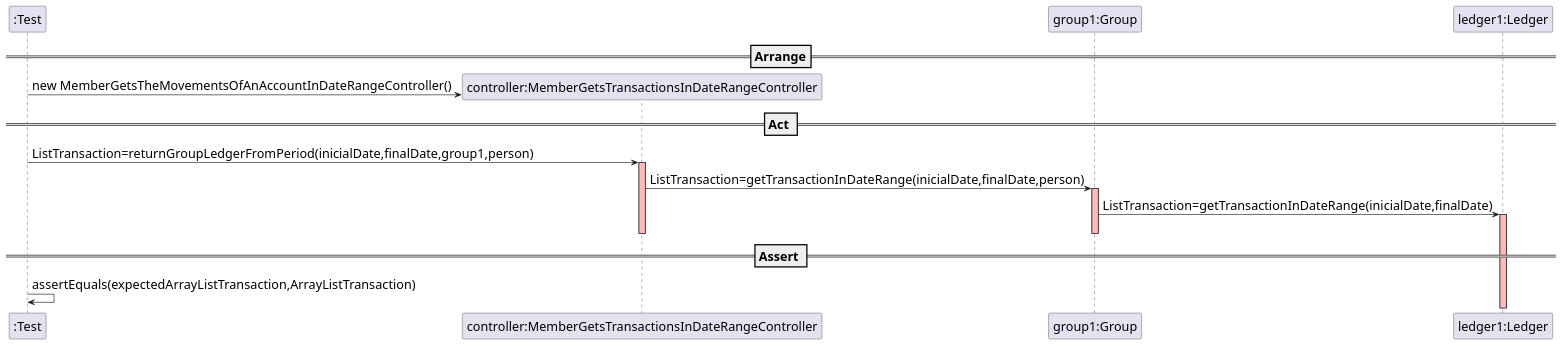
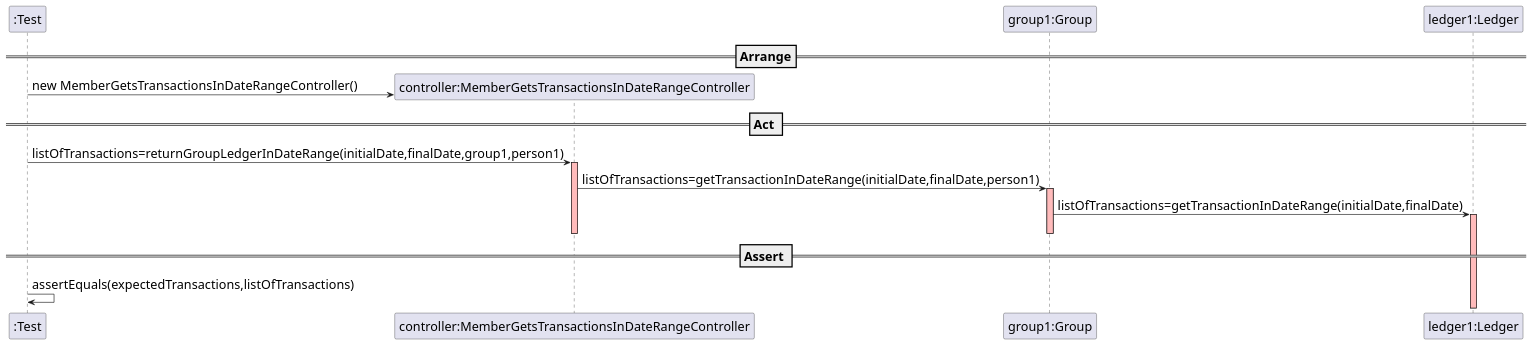
The diagram in docs/SequenceDiagram - US012.puml (mleitaoribeiro/DevOpsMaven), drawn with PlantUML before and after one commit.

Commit message:
ref#391: Sequence Diagram US012, corrections

```diff
--- a/docs/SequenceDiagram - US012.puml
+++ b/docs/SequenceDiagram - US012.puml
@@ -1,35 +1,35 @@
 @startuml
 skinparam DefaultFontSize 20
 
 create ":Test"
 
 
 
 ==Arrange==
 create "controller:MemberGetsTransactionsInDateRangeController"
-":Test" -> "controller:MemberGetsTransactionsInDateRangeController" : new MemberGetsTheMovementsOfAnAccountInDateRangeController()
+":Test" -> "controller:MemberGetsTransactionsInDateRangeController" : new MemberGetsTransactionsInDateRangeController()
 participant "group1:Group"
 participant "ledger1:Ledger"
 
 
 == Act ==
 
-":Test" -> "controller:MemberGetsTransactionsInDateRangeController" : ListTransaction=returnGroupLedgerFromPeriod(inicialDate,finalDate,group1,person)
+":Test" -> "controller:MemberGetsTransactionsInDateRangeController" : listOfTransactions=returnGroupLedgerInDateRange(initialDate,finalDate,group1,person1)
 activate "controller:MemberGetsTransactionsInDateRangeController"  #FFBBBB
 
-"controller:MemberGetsTransactionsInDateRangeController" -> "group1:Group" : ListTransaction=getTransactionInDateRange(inicialDate,finalDate,person)
+"controller:MemberGetsTransactionsInDateRangeController" -> "group1:Group" : listOfTransactions=getTransactionInDateRange(initialDate,finalDate,person1)
 activate "group1:Group"  #FFBBBB
 
-"group1:Group" -> "ledger1:Ledger" : ListTransaction=getTransactionInDateRange(inicialDate,finalDate)
+"group1:Group" -> "ledger1:Ledger" : listOfTransactions=getTransactionInDateRange(initialDate,finalDate)
 activate "ledger1:Ledger"  #FFBBBB
 
 
 
 deactivate "group1:Group"  #FFBBBB
 deactivate "controller:MemberGetsTransactionsInDateRangeController"  #FFBBBB
 
 == Assert ==
 
-":Test" -> ":Test" : assertEquals(expectedArrayListTransaction,ArrayListTransaction)
+":Test" -> ":Test" : assertEquals(expectedTransactions,listOfTransactions)
 
 @enduml
```
